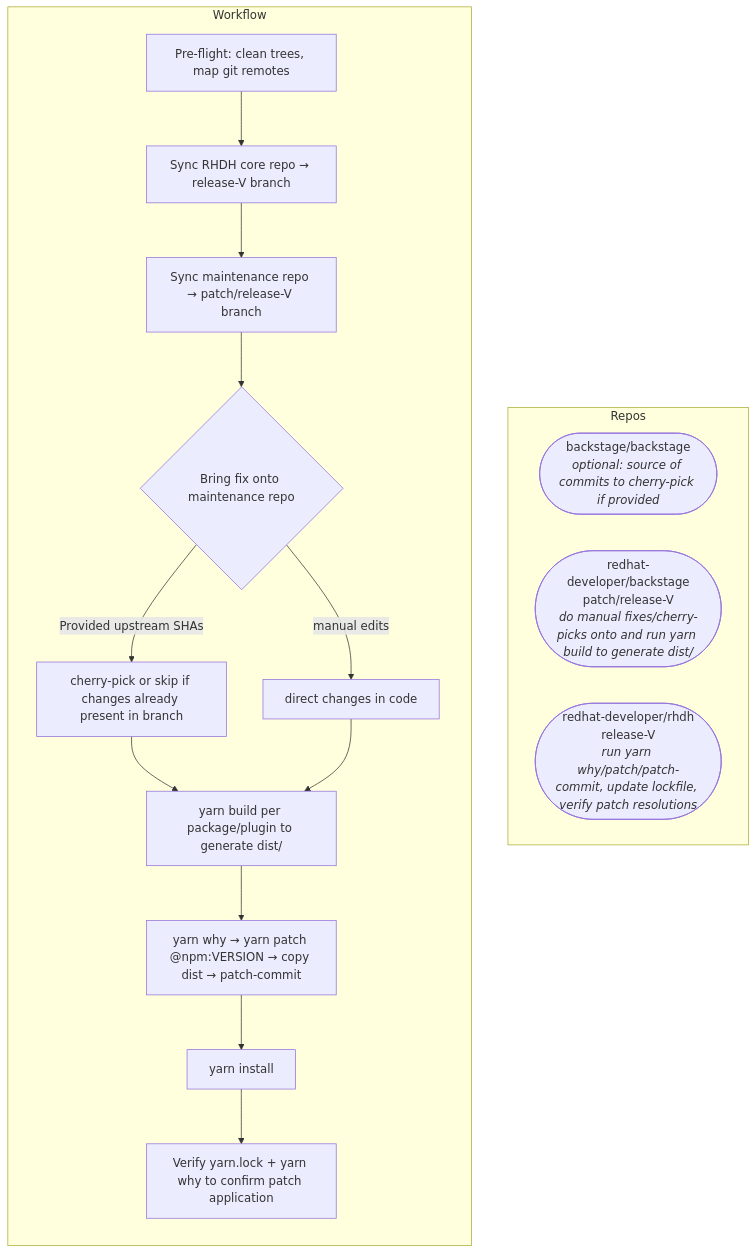
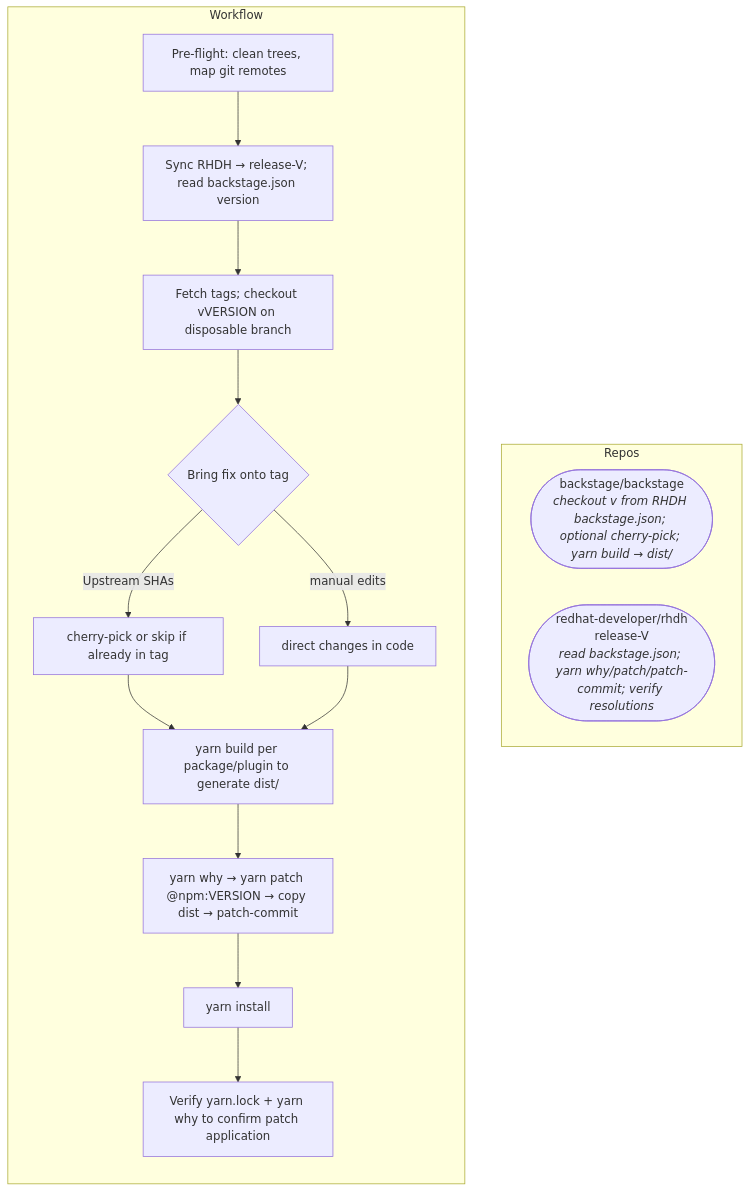
The diagram in skills/ci/rhdh-patch-backstage/workflows/overview.md (JessicaJHee/rhdh-skills), drawn with Mermaid before and after one commit. The commit also changed other lines of this file and 3 other files, not shown here.

First line of the commit message:
feat(ci): build rhdh-patch-backstage from backstage.json tag

````diff
--- a/skills/ci/rhdh-patch-backstage/workflows/overview.md
+++ b/skills/ci/rhdh-patch-backstage/workflows/overview.md
@@ -9,23 +9,22 @@
 ```mermaid
 flowchart TB
   subgraph repos["Repos"]
     direction LR
-    U(["backstage/backstage<br/><i>optional: source of commits to cherry-pick if provided</i>"])
-    M(["redhat-developer/backstage<br/>patch/release-V<br/><i>do manual fixes/cherry-picks onto and run yarn build to generate dist/</i>"])
-    R(["redhat-developer/rhdh<br/>release-V<br/><i>run yarn why/patch/patch-commit, update lockfile, verify patch resolutions</i>"])
+    U(["backstage/backstage<br/><i>checkout v from RHDH backstage.json; optional cherry-pick; yarn build → dist/</i>"])
+    R(["redhat-developer/rhdh<br/>release-V<br/><i>read backstage.json; yarn why/patch/patch-commit; verify resolutions</i>"])
   end
 
   subgraph work["Workflow"]
     direction TB
-    P[Pre-flight: clean trees, map git remotes] --> S1[Sync RHDH core repo → release-V branch]
-    S1 --> S2[Sync maintenance repo → patch/release-V branch]
-    S2 --> S3{Bring fix onto maintenance repo}
-    S3 -->|Provided upstream SHAs| CP[cherry-pick or skip if changes already present in branch]
+    P[Pre-flight: clean trees, map git remotes] --> S1[Sync RHDH → release-V; read backstage.json version]
+    S1 --> S2[Fetch tags; checkout vVERSION on disposable branch]
+    S2 --> S3{Bring fix onto tag}
+    S3 -->|Upstream SHAs| CP[cherry-pick or skip if already in tag]
     S3 -->|manual edits| ME[direct changes in code]
     CP --> B[yarn build per package/plugin to generate dist/]
     ME --> B
     B --> RHDH[yarn why → yarn patch @npm:VERSION → copy dist → patch-commit]
     RHDH --> I[yarn install]
     I --> V[Verify yarn.lock + yarn why to confirm patch application]
   end
 ```
````
